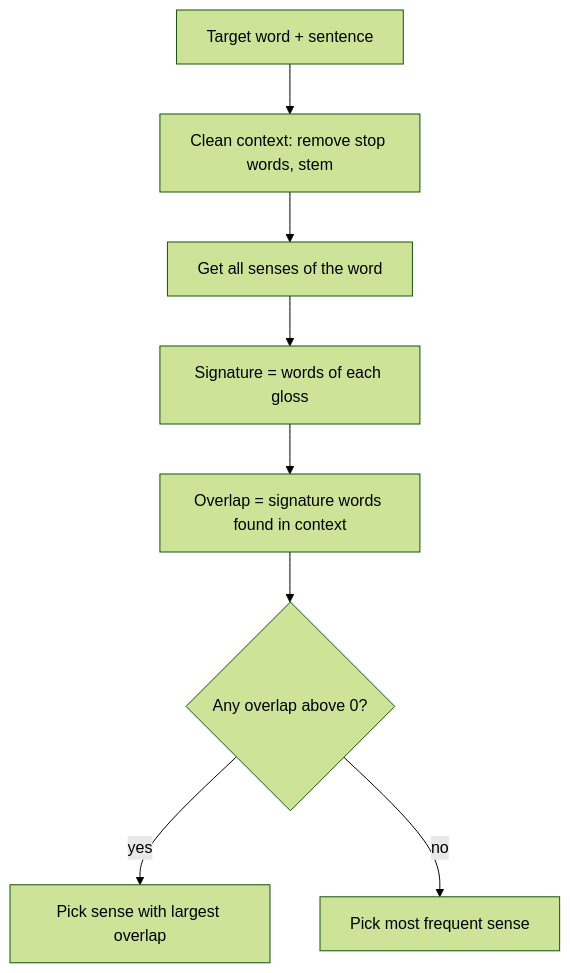
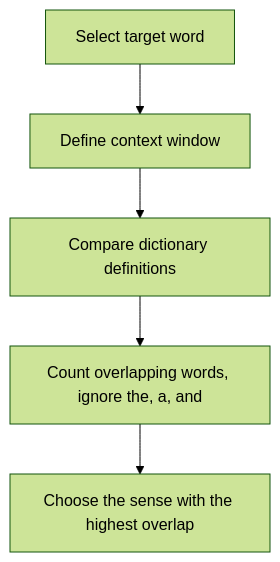
One commit to TrendySloth1001/sem-seven-notes changed the diagram in content/natural-language-processing/pyq/2024-12/q5a.mdx. Above: the diagram before and after it, drawn with Mermaid (forest theme). The commit also changed other lines of this file and 406 other files, not shown here.

````diff
--- a/content/natural-language-processing/pyq/2024-12/q5a.mdx
+++ b/content/natural-language-processing/pyq/2024-12/q5a.mdx
@@ -17,11 +57,8 @@
 ```mermaid
-%% caption: Lesk's algorithm. Each sense is scored by the words its definition shares with the sentence, and the best score wins.
+%% caption: The Lesk algorithm as a flow.
 flowchart TD
-  A["Target word + sentence"] --> B["Clean context: remove stop words, stem"]
-  B --> C["Get all senses of the word"]
-  C --> D["Signature = words of each gloss"]
-  D --> E["Overlap = signature words found in context"]
-  E --> F{"Any overlap above 0?"}
-  F -->|"yes"| G["Pick sense with largest overlap"]
-  F -->|"no"| H["Pick most frequent sense"]
+  A["Select target word"] --> B["Define context window"]
+  B --> C["Compare dictionary definitions"]
+  C --> D["Count overlapping words, ignore the, a, and"]
+  D --> E["Choose the sense with the highest overlap"]
 ```
````
